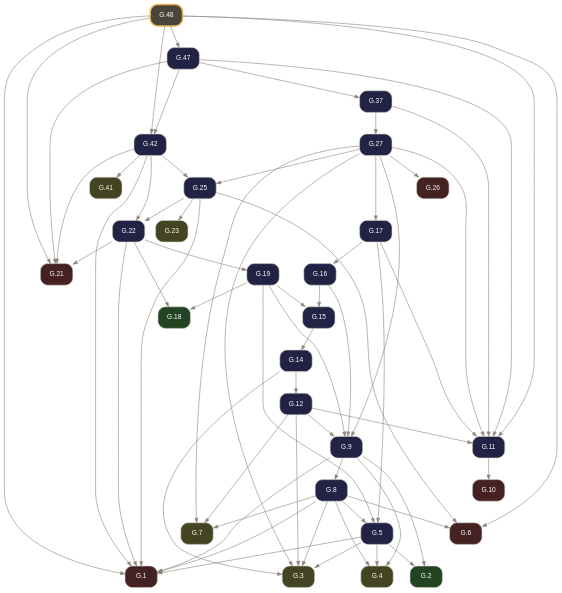
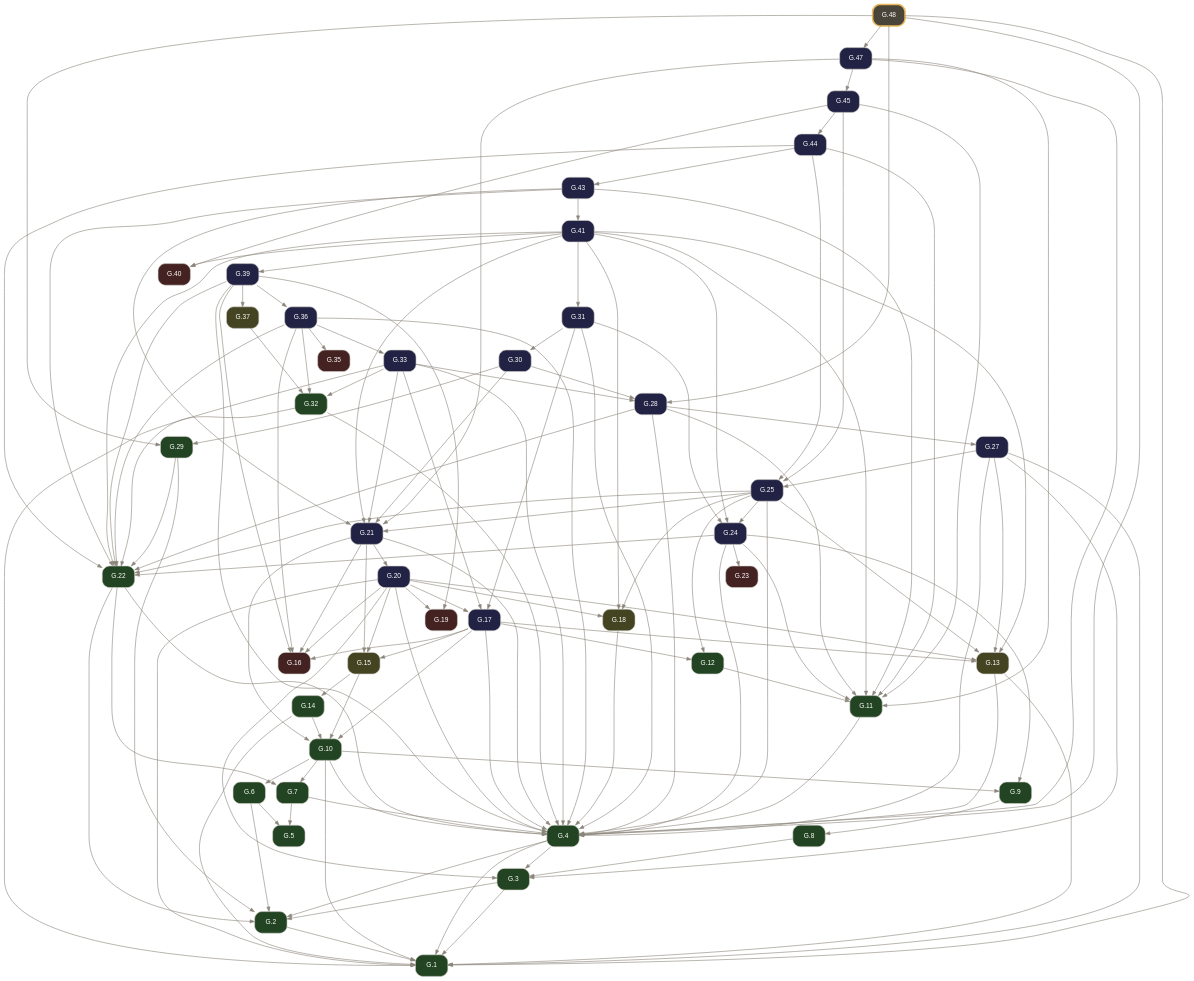
Before and after one commit to geometor/elements: the diagram in docsrc/elements2/G.48/index.rst, drawn with Graphviz. The commit also changed other lines of this file and 2974 other files, not shown here.

Commit message:
feat(elements2): wire defined terms, short verb titles, coincidence operator, and 2-point circle notation (v0.4.0)

```diff
--- a/docsrc/elements2/G.48/index.rst
+++ b/docsrc/elements2/G.48/index.rst
@@ -103,96 +64,177 @@
      node [shape=box, style="rounded,filled", fontname="Helvetica", fontsize=11, color="#d6d3cd", fontcolor="#ffffff"];
      edge [color="#8c857b", fontcolor="#8c857b", arrowsize=0.75];
      rankdir="TB";
-     "G.1" [label="G.1", tooltip="G.1 (I.cn.1): Things equal to the same thing are equal to one another.", fillcolor="#442222", URL="../G.1/index.html", target="_top"];
-     "G.2" [label="G.2", tooltip="G.2 (I.def.15): A circle is a plane figure contained by one line such that all segments falling upon it from its center are equal.", fillcolor="#224422", URL="../G.2/index.html", target="_top"];
-     "G.3" [label="G.3", tooltip="G.3 (I.post.1): Construct a segment between any two points.", fillcolor="#444422", URL="../G.3/index.html", target="_top"];
-     "G.4" [label="G.4", tooltip="G.4 (I.post.3): Construct a circle with any center and radius.", fillcolor="#444422", URL="../G.4/index.html", target="_top"];
-     "G.5" [label="G.5", tooltip="G.5 (I.1): Construct an equilateral triangle on a given finite segment.", fillcolor="#222244", URL="../G.5/index.html", target="_top"];
-     "G.6" [label="G.6", tooltip="G.6 (I.cn.3): If equals are subtracted from equals, the remainders are equal.", fillcolor="#442222", URL="../G.6/index.html", target="_top"];
-     "G.7" [label="G.7", tooltip="G.7 (I.post.2): Extend a finite segment continuously in a straight line.", fillcolor="#444422", URL="../G.7/index.html", target="_top"];
-     "G.8" [label="G.8", tooltip="G.8 (I.2): Construct at a given point a segment equal to a given segment.", fillcolor="#222244", URL="../G.8/index.html", target="_top"];
-     "G.9" [label="G.9", tooltip="G.9 (I.3): Cut off from the greater of two unequal segments a segment equal to the less.", fillcolor="#222244", URL="../G.9/index.html", target="_top"];
-     "G.10" [label="G.10", tooltip="G.10 (I.cn.4): Things that coincide with one another are equal.", fillcolor="#442222", URL="../G.10/index.html", target="_top"];
-     "G.11" [label="G.11", tooltip="G.11 (I.4): Triangles with two sides and the included angle equal are congruent (SAS).", fillcolor="#222244", URL="../G.11/index.html", target="_top"];
-     "G.12" [label="G.12", tooltip="G.12 (I.5): In an isosceles triangle, the angles at the base are equal, and if the equal sides are extended, the angles under the base are equal.", fillcolor="#222244", URL="../G.12/index.html", target="_top"];
-     "G.14" [label="G.14", tooltip="G.14 (I.7): On the same segment and on the same side, there cannot be constructed two distinct triangles with both pairs of conterminous sides equal.", fillcolor="#222244", URL="../G.14/index.html", target="_top"];
-     "G.15" [label="G.15", tooltip="G.15 (I.8): Triangles with all three corresponding sides equal have their corresponding angles equal (SSS).", fillcolor="#222244", URL="../G.15/index.html", target="_top"];
-     "G.16" [label="G.16", tooltip="G.16 (I.9): Bisect a given angle.", fillcolor="#222244", URL="../G.16/index.html", target="_top"];
-     "G.17" [label="G.17", tooltip="G.17 (I.10): Bisect a given finite segment.", fillcolor="#222244", URL="../G.17/index.html", target="_top"];
-     "G.18" [label="G.18", tooltip="G.18 (I.def.10): When a straight line standing on a straight line makes the adjacent angles equal, each of the equal angles is a right angle, and the standing line is perpendicular to that on which...", fillcolor="#224422", URL="../G.18/index.html", target="_top"];
-     "G.19" [label="G.19", tooltip="G.19 (I.11): Construct a line at right angles to a given line from a given point on it.", fillcolor="#222244", URL="../G.19/index.html", target="_top"];
-     "G.21" [label="G.21", tooltip="G.21 (I.cn.2): If equals are added to equals, the wholes are equal.", fillcolor="#442222", URL="../G.21/index.html", target="_top"];
-     "G.22" [label="G.22", tooltip="G.22 (I.13): A ray standing on a line makes either two right angles or adjacent angles summing to two right angles.", fillcolor="#222244", URL="../G.22/index.html", target="_top"];
-     "G.23" [label="G.23", tooltip="G.23 (I.post.4): All right angles are equal.", fillcolor="#444422", URL="../G.23/index.html", target="_top"];
-     "G.25" [label="G.25", tooltip="G.25 (I.15): Intersecting lines make their vertical angles equal.", fillcolor="#222244", URL="../G.25/index.html", target="_top"];
-     "G.26" [label="G.26", tooltip="G.26 (I.cn.5): The whole is greater than the part.", fillcolor="#442222", URL="../G.26/index.html", target="_top"];
-     "G.27" [label="G.27", tooltip="G.27 (I.16): In any triangle, if one side is extended, the exterior angle is greater than either opposite interior angle.", fillcolor="#222244", URL="../G.27/index.html", target="_top"];
-     "G.37" [label="G.37", tooltip="G.37 (I.26): Triangles with two angles and one corresponding side equal are congruent (ASA / AAS).", fillcolor="#222244", URL="../G.37/index.html", target="_top"];
-     "G.41" [label="G.41", tooltip="G.41 (I.post.5): Two lines intersected by a transversal with interior angles on one side summing to less than two right angles meet on that side.", fillcolor="#444422", URL="../G.41/index.html", target="_top"];
-     "G.42" [label="G.42", tooltip="G.42 (I.29): A transversal cutting parallel lines makes alternate interior angles equal, exterior and opposite interior angles equal, and same-side interior angles supplementary.", fillcolor="#222244", URL="../G.42/index.html", target="_top"];
-     "G.47" [label="G.47", tooltip="G.47 (I.34): In a parallelogram, opposite sides and opposite angles are equal, and the diagonal bisects the area.", fillcolor="#222244", URL="../G.47/index.html", target="_top"];
-     "G.48" [label="G.48", tooltip="G.48 (I.35): Parallelograms on the same base and in the same parallels are equal in area.", penwidth=2.5, color="#e8b85a", fillcolor="#4a453b", URL="index.html", target="_top"];
-     "G.5" -> "G.1";
-     "G.8" -> "G.1";
-     "G.9" -> "G.1";
-     "G.22" -> "G.1";
-     "G.25" -> "G.1";
-     "G.42" -> "G.1";
+     "G.1" [label="G.1", tooltip="G.1 (I.def.1): A point A is that which has no part.", fillcolor="#224422", URL="../G.1/index.html", target="_top"];
+     "G.2" [label="G.2", tooltip="G.2 (I.def.2): A line [ A B ] is a projection of a relationship of two points A, B.", fillcolor="#224422", URL="../G.2/index.html", target="_top"];
+     "G.3" [label="G.3", tooltip="G.3 (I.def.3): The extremities of a segment / A B / are points A, B.", fillcolor="#224422", URL="../G.3/index.html", target="_top"];
+     "G.4" [label="G.4", tooltip="G.4 (I.def.4): A segment / A B / is a portion of a line [ A B ] between two points A, B on the line.", fillcolor="#224422", URL="../G.4/index.html", target="_top"];
+     "G.5" [label="G.5", tooltip="G.5 (I.def.5): A surface is that which has length and breadth only.", fillcolor="#224422", URL="../G.5/index.html", target="_top"];
+     "G.6" [label="G.6", tooltip="G.6 (I.def.6): The extremities of a surface are lines or arcs.", fillcolor="#224422", URL="../G.6/index.html", target="_top"];
+     "G.7" [label="G.7", tooltip="G.7 (I.def.7): A plane surface lies evenly with the lines on itself.", fillcolor="#224422", URL="../G.7/index.html", target="_top"];
+     "G.8" [label="G.8", tooltip="G.8 (I.def.13): A boundary is the extremity of anything.", fillcolor="#224422", URL="../G.8/index.html", target="_top"];
+     "G.9" [label="G.9", tooltip="G.9 (I.def.14): A figure is that which is contained by any boundary or boundaries.", fillcolor="#224422", URL="../G.9/index.html", target="_top"];
+     "G.10" [label="G.10", tooltip="G.10 (I.def.15): A circle ( A B ) is a plane figure contained by one arc defined by a center A and a point B establishing its defining radius / A B /, such that all segments / A B /, / A C /, / A D...", fillcolor="#224422", URL="../G.10/index.html", target="_top"];
+     "G.11" [label="G.11", tooltip="G.11 (I.def.19): Rectilineal figures are contained by segments: trilateral by three, quadrilateral by four, and multilateral by more than four.", fillcolor="#224422", URL="../G.11/index.html", target="_top"];
+     "G.12" [label="G.12", tooltip="G.12 (I.def.20): Of trilateral figures, an equilateral triangle < A B C > has three equal sides, an isosceles triangle < D E F > has two equal sides, and a scalene triangle < G H K > has three uneq...", fillcolor="#224422", URL="../G.12/index.html", target="_top"];
+     "G.13" [label="G.13", tooltip="G.13 (I.post.1): Construct a segment / A B / between any two points A, B.", fillcolor="#444422", URL="../G.13/index.html", target="_top"];
+     "G.14" [label="G.14", tooltip="G.14 (I.def.16): The point A within the circle ( A B ) from which all segments / A B /, / A C / to the arc are equal is called the center of the circle.", fillcolor="#224422", URL="../G.14/index.html", target="_top"];
+     "G.15" [label="G.15", tooltip="G.15 (I.post.3): Construct a circle ( A B ) with center A and defining radius point B.", fillcolor="#444422", URL="../G.15/index.html", target="_top"];
+     "G.16" [label="G.16", tooltip="G.16 (I.cn.1): Things equal to the same thing are equal to one another.", fillcolor="#442222", URL="../G.16/index.html", target="_top"];
+     "G.17" [label="G.17", tooltip="G.17 (I.1): Construct an equilateral triangle on a given segment.", fillcolor="#222244", URL="../G.17/index.html", target="_top"];
+     "G.18" [label="G.18", tooltip="G.18 (I.post.2): Extend a segment / A B / continuously along a line [ A B ] to / B C /.", fillcolor="#444422", URL="../G.18/index.html", target="_top"];
+     "G.19" [label="G.19", tooltip="G.19 (I.cn.3): If equals are subtracted from equals, the remainders are equal.", fillcolor="#442222", URL="../G.19/index.html", target="_top"];
+     "G.20" [label="G.20", tooltip="G.20 (I.2): Construct at a given point a segment equal to a given segment.", fillcolor="#222244", URL="../G.20/index.html", target="_top"];
+     "G.21" [label="G.21", tooltip="G.21 (I.3): Cut off from the greater of two unequal segments a segment equal to the less.", fillcolor="#222244", URL="../G.21/index.html", target="_top"];
+     "G.22" [label="G.22", tooltip="G.22 (I.def.8): A plane angle is the inclination to one another of two lines or arcs in a plane that meet and do not lie on the same line.", fillcolor="#224422", URL="../G.22/index.html", target="_top"];
+     "G.23" [label="G.23", tooltip="G.23 (I.cn.4): Things / A B /, / D E / that coincide with one another are equal to one another.", fillcolor="#442222", URL="../G.23/index.html", target="_top"];
+     "G.24" [label="G.24", tooltip="G.24 (I.4): Triangles with two sides and the included angle equal are congruent (SAS).", fillcolor="#222244", URL="../G.24/index.html", target="_top"];
+     "G.25" [label="G.25", tooltip="G.25 (I.5): In an isosceles triangle, the angles at the base are equal, and if the equal sides are extended, the angles under the base are equal.", fillcolor="#222244", URL="../G.25/index.html", target="_top"];
+     "G.27" [label="G.27", tooltip="G.27 (I.7): On the same segment and on the same side, there cannot be constructed two distinct triangles with both pairs of conterminous sides equal.", fillcolor="#222244", URL="../G.27/index.html", target="_top"];
+     "G.28" [label="G.28", tooltip="G.28 (I.8): Triangles with all three corresponding sides equal have their corresponding angles equal (SSS).", fillcolor="#222244", URL="../G.28/index.html", target="_top"];
+     "G.29" [label="G.29", tooltip="G.29 (I.def.9): A rectilineal angle is contained by two segments or lines.", fillcolor="#224422", URL="../G.29/index.html", target="_top"];
+     "G.30" [label="G.30", tooltip="G.30 (I.9): Bisect a given angle.", fillcolor="#222244", URL="../G.30/index.html", target="_top"];
+     "G.31" [label="G.31", tooltip="G.31 (I.10): Bisect a given segment.", fillcolor="#222244", URL="../G.31/index.html", target="_top"];
+     "G.32" [label="G.32", tooltip="G.32 (I.def.10): When a segment standing on a line makes the adjacent angles equal, each of the equal angles is a right angle, and the standing segment is perpendicular to the line.", fillcolor="#224422", URL="../G.32/index.html", target="_top"];
+     "G.33" [label="G.33", tooltip="G.33 (I.11): Construct a segment at right angles to a given line from a given point on it.", fillcolor="#222244", URL="../G.33/index.html", target="_top"];
+     "G.35" [label="G.35", tooltip="G.35 (I.cn.2): If equals are added to equals, the wholes are equal.", fillcolor="#442222", URL="../G.35/index.html", target="_top"];
+     "G.36" [label="G.36", tooltip="G.36 (I.13): A segment standing on a line makes either two right angles or adjacent angles summing to two right angles.", fillcolor="#222244", URL="../G.36/index.html", target="_top"];
+     "G.37" [label="G.37", tooltip="G.37 (I.post.4): All right angles are equal.", fillcolor="#444422", URL="../G.37/index.html", target="_top"];
+     "G.39" [label="G.39", tooltip="G.39 (I.15): Intersecting lines make their vertical angles equal.", fillcolor="#222244", URL="../G.39/index.html", target="_top"];
+     "G.40" [label="G.40", tooltip="G.40 (I.cn.5): The whole is greater than the part.", fillcolor="#442222", URL="../G.40/index.html", target="_top"];
+     "G.41" [label="G.41", tooltip="G.41 (I.16): In any triangle, if one side is extended, the exterior angle is greater than either opposite interior angle.", fillcolor="#222244", URL="../G.41/index.html", target="_top"];
+     "G.43" [label="G.43", tooltip="G.43 (I.18): In any triangle, the greater side subtends the greater angle.", fillcolor="#222244", URL="../G.43/index.html", target="_top"];
+     "G.44" [label="G.44", tooltip="G.44 (I.19): In any triangle, the greater angle is subtended by the greater side.", fillcolor="#222244", URL="../G.44/index.html", target="_top"];
+     "G.45" [label="G.45", tooltip="G.45 (I.20): In any triangle, the sum of any two sides is greater than the remaining side.", fillcolor="#222244", URL="../G.45/index.html", target="_top"];
+     "G.47" [label="G.47", tooltip="G.47 (I.22): Construct a triangle from three segments equal to three given segments satisfying the triangle inequality.", fillcolor="#222244", URL="../G.47/index.html", target="_top"];
+     "G.48" [label="G.48", tooltip="G.48 (I.23): Construct on a given line at a given point an angle equal to a given angle.", penwidth=2.5, color="#e8b85a", fillcolor="#4a453b", URL="index.html", target="_top"];
+     "G.2" -> "G.1";
+     "G.3" -> "G.1";
+     "G.4" -> "G.1";
+     "G.10" -> "G.1";
+     "G.13" -> "G.1";
+     "G.14" -> "G.1";
+     "G.20" -> "G.1";
+     "G.27" -> "G.1";
+     "G.33" -> "G.1";
      "G.48" -> "G.1";
-     "G.5" -> "G.2";
-     "G.9" -> "G.2";
-     "G.5" -> "G.3";
+     "G.3" -> "G.2";
+     "G.4" -> "G.2";
+     "G.6" -> "G.2";
+     "G.22" -> "G.2";
+     "G.29" -> "G.2";
+     "G.4" -> "G.3";
      "G.8" -> "G.3";
-     "G.12" -> "G.3";
-     "G.14" -> "G.3";
+     "G.20" -> "G.3";
      "G.27" -> "G.3";
-     "G.5" -> "G.4";
-     "G.8" -> "G.4";
-     "G.9" -> "G.4";
-     "G.8" -> "G.5";
-     "G.17" -> "G.5";
-     "G.19" -> "G.5";
-     "G.8" -> "G.6";
-     "G.25" -> "G.6";
-     "G.48" -> "G.6";
-     "G.8" -> "G.7";
-     "G.12" -> "G.7";
-     "G.27" -> "G.7";
+     "G.7" -> "G.4";
+     "G.10" -> "G.4";
+     "G.11" -> "G.4";
+     "G.13" -> "G.4";
+     "G.17" -> "G.4";
+     "G.18" -> "G.4";
+     "G.20" -> "G.4";
+     "G.21" -> "G.4";
+     "G.22" -> "G.4";
+     "G.24" -> "G.4";
+     "G.25" -> "G.4";
+     "G.27" -> "G.4";
+     "G.28" -> "G.4";
+     "G.31" -> "G.4";
+     "G.32" -> "G.4";
+     "G.33" -> "G.4";
+     "G.36" -> "G.4";
+     "G.39" -> "G.4";
+     "G.47" -> "G.4";
+     "G.48" -> "G.4";
+     "G.6" -> "G.5";
+     "G.7" -> "G.5";
+     "G.10" -> "G.6";
+     "G.10" -> "G.7";
+     "G.22" -> "G.7";
      "G.9" -> "G.8";
-     "G.12" -> "G.9";
-     "G.16" -> "G.9";
-     "G.19" -> "G.9";
-     "G.27" -> "G.9";
-     "G.11" -> "G.10";
+     "G.10" -> "G.9";
+     "G.24" -> "G.9";
+     "G.14" -> "G.10";
+     "G.15" -> "G.10";
+     "G.17" -> "G.10";
+     "G.21" -> "G.10";
      "G.12" -> "G.11";
-     "G.17" -> "G.11";
-     "G.27" -> "G.11";
-     "G.37" -> "G.11";
+     "G.24" -> "G.11";
+     "G.28" -> "G.11";
+     "G.41" -> "G.11";
+     "G.43" -> "G.11";
+     "G.44" -> "G.11";
+     "G.45" -> "G.11";
      "G.47" -> "G.11";
-     "G.48" -> "G.11";
-     "G.14" -> "G.12";
+     "G.17" -> "G.12";
+     "G.25" -> "G.12";
+     "G.17" -> "G.13";
+     "G.20" -> "G.13";
+     "G.25" -> "G.13";
+     "G.27" -> "G.13";
+     "G.41" -> "G.13";
      "G.15" -> "G.14";
-     "G.16" -> "G.15";
-     "G.19" -> "G.15";
+     "G.17" -> "G.15";
+     "G.20" -> "G.15";
+     "G.21" -> "G.15";
      "G.17" -> "G.16";
-     "G.27" -> "G.17";
-     "G.19" -> "G.18";
-     "G.22" -> "G.18";
-     "G.22" -> "G.19";
-     "G.22" -> "G.21";
-     "G.42" -> "G.21";
+     "G.20" -> "G.16";
+     "G.21" -> "G.16";
+     "G.36" -> "G.16";
+     "G.39" -> "G.16";
+     "G.20" -> "G.17";
+     "G.31" -> "G.17";
+     "G.33" -> "G.17";
+     "G.20" -> "G.18";
+     "G.25" -> "G.18";
+     "G.41" -> "G.18";
+     "G.20" -> "G.19";
+     "G.39" -> "G.19";
+     "G.21" -> "G.20";
+     "G.25" -> "G.21";
+     "G.30" -> "G.21";
+     "G.33" -> "G.21";
+     "G.41" -> "G.21";
+     "G.43" -> "G.21";
      "G.47" -> "G.21";
-     "G.48" -> "G.21";
+     "G.24" -> "G.22";
      "G.25" -> "G.22";
-     "G.42" -> "G.22";
-     "G.25" -> "G.23";
+     "G.28" -> "G.22";
+     "G.29" -> "G.22";
+     "G.32" -> "G.22";
+     "G.36" -> "G.22";
+     "G.39" -> "G.22";
+     "G.41" -> "G.22";
+     "G.43" -> "G.22";
+     "G.44" -> "G.22";
+     "G.24" -> "G.23";
+     "G.25" -> "G.24";
+     "G.31" -> "G.24";
+     "G.41" -> "G.24";
      "G.27" -> "G.25";
-     "G.42" -> "G.25";
-     "G.27" -> "G.26";
-     "G.37" -> "G.27";
-     "G.47" -> "G.37";
-     "G.42" -> "G.41";
-     "G.47" -> "G.42";
-     "G.48" -> "G.42";
+     "G.44" -> "G.25";
+     "G.45" -> "G.25";
+     "G.28" -> "G.27";
+     "G.30" -> "G.28";
+     "G.33" -> "G.28";
+     "G.48" -> "G.28";
+     "G.30" -> "G.29";
+     "G.48" -> "G.29";
+     "G.31" -> "G.30";
+     "G.41" -> "G.31";
+     "G.33" -> "G.32";
+     "G.36" -> "G.32";
+     "G.37" -> "G.32";
+     "G.36" -> "G.33";
+     "G.36" -> "G.35";
+     "G.39" -> "G.36";
+     "G.39" -> "G.37";
+     "G.41" -> "G.39";
+     "G.41" -> "G.40";
+     "G.45" -> "G.40";
+     "G.43" -> "G.41";
+     "G.44" -> "G.43";
+     "G.45" -> "G.44";
+     "G.47" -> "G.45";
      "G.48" -> "G.47";
    }
```
